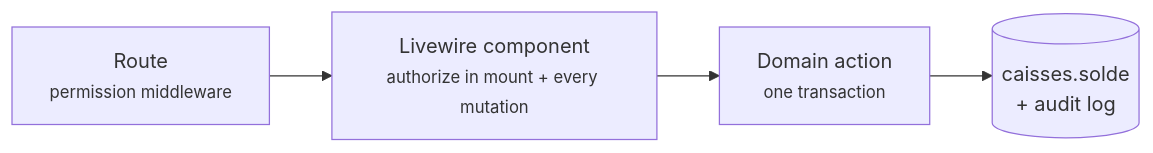
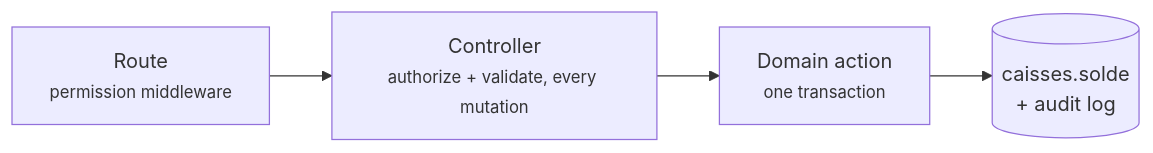
Before and after one commit to Rochdi7/CRM-GLS: the diagram in README.md, drawn with Mermaid. The commit also changed other lines of this file and 9 other files, not shown here.

First line of the commit message:
phase11: update architecture docs and remove Livewire skill

````diff
--- a/README.md
+++ b/README.md
@@ -58,6 +59,6 @@
 ```mermaid
 flowchart LR
-    A[Route<br><small>permission middleware</small>] --> B[Livewire component<br><small>authorize in mount + every mutation</small>]
+    A[Route<br><small>permission middleware</small>] --> B[Controller<br><small>authorize + validate, every mutation</small>]
     B --> C[Domain action<br><small>one transaction</small>]
     C --> D[(caisses.solde<br>+ audit log)]
 ```
````
